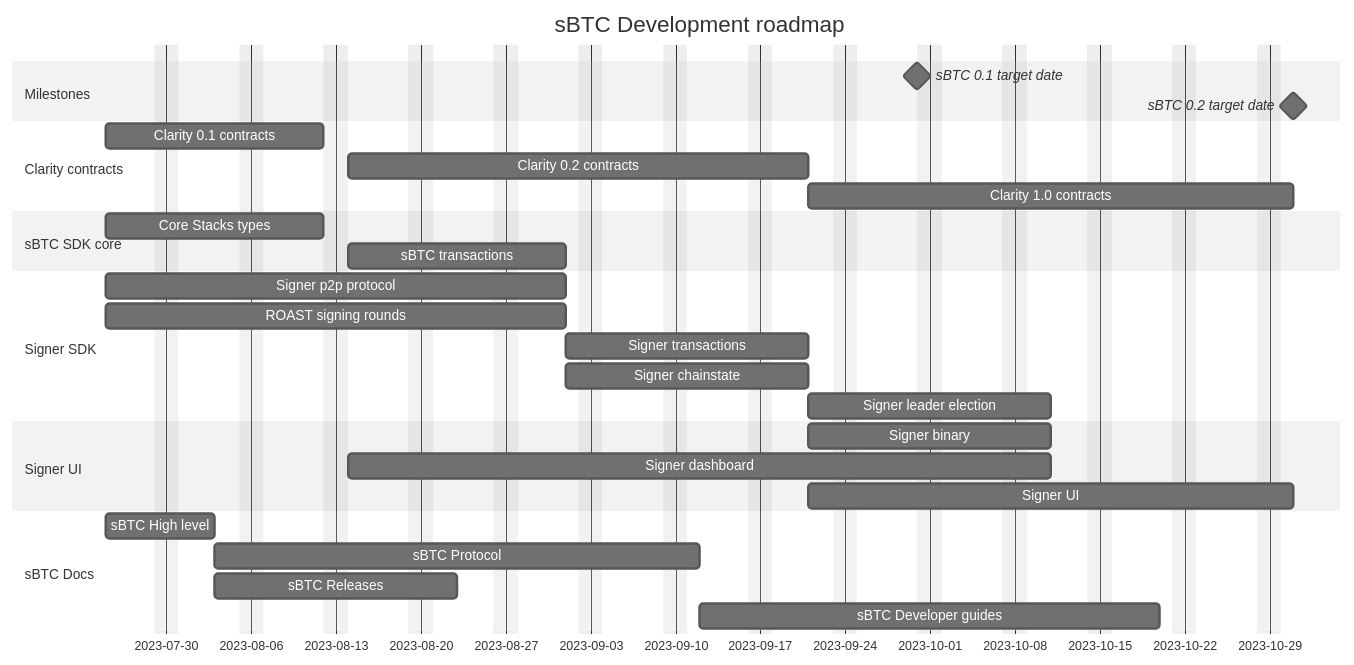
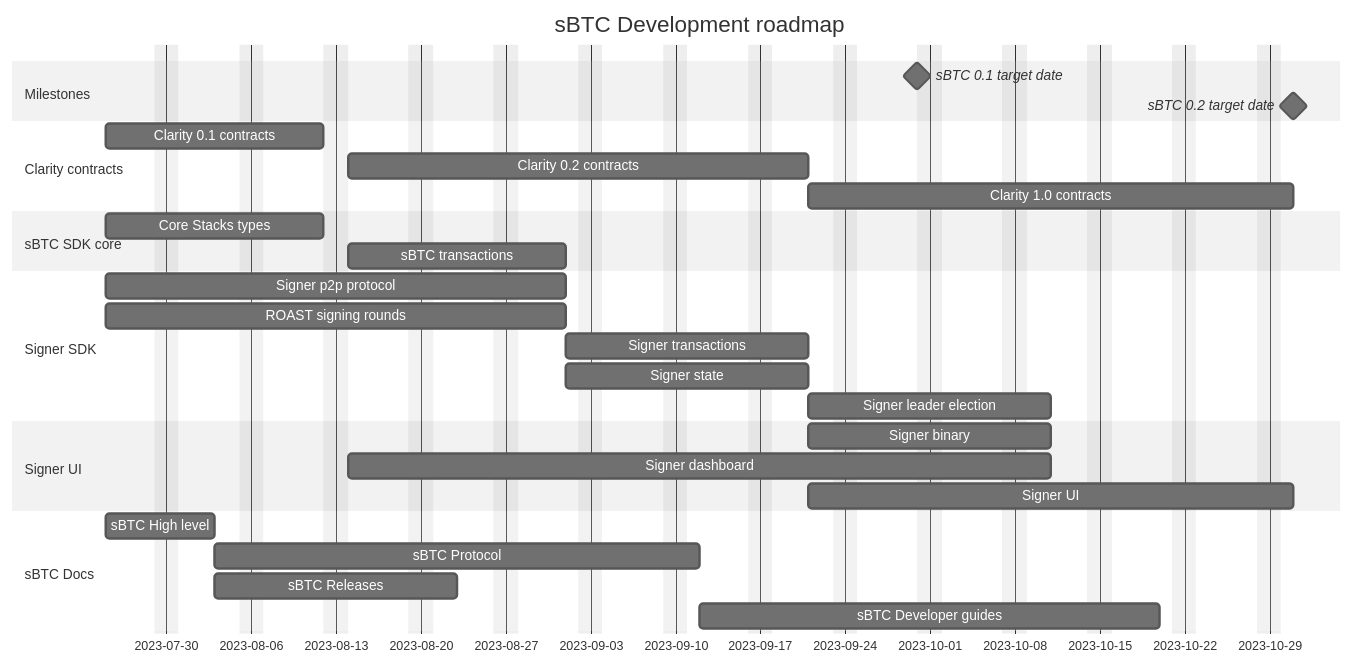
One commit to stacks-network/sbtc-docs changed the diagram in src/sbtc-roadmap.md. Above: the diagram before and after it, drawn with Mermaid (neutral theme). The commit also changed other lines of this file, not shown here.

Commit message:
fix: Rephrase signer state effort to refrain from using the word "chainstate"

````diff
--- a/src/sbtc-roadmap.md
+++ b/src/sbtc-roadmap.md
@@ -5,39 +5,39 @@
 ```mermaid
 gantt
     dateFormat  YYYY-MM-DD
     title       sBTC Development roadmap
     excludes    weekends
     %% (`excludes` accepts specific dates in YYYY-MM-DD format, days of the week ("sunday") or "weekends", but not the word "weekdays".)
 
     section Milestones
     sBTC 0.1 target date      : milestone, 2023-09-30, 0d
     sBTC 0.2 target date      : milestone, 2023-10-31, 0d
 
     section Clarity contracts
     Clarity 0.1 contracts        : clar1, 2023-07-25, 2w
     Clarity 0.2 contracts        : clar2, after clar1, 4w
     Clarity 1.0 contracts        : clar3, after clar2, 4w
 
     section sBTC SDK core
     Core Stacks types              : sdk1, 2023-07-25, 2w
     sBTC transactions              : sdk2, after sdk1, 2w
 
     section Signer SDK
     Signer p2p protocol     : sign1, 2023-07-25, 4w
     ROAST signing rounds    : sign2, 2023-07-25, 4w
     Signer transactions     : sign3, after sdk2, 2w
-    Signer chainstate       : sign4, after sign1, 2w
+    Signer state            : sign4, after sign1, 2w
     Signer leader election  : sign5, after sign4, 2w
 
     section Signer UI
     Signer binary            : sign5, after sign3, 2w
     Signer dashboard         : sign6, after clar1, 6w
     Signer UI                : sign7, after sign3, 4w
 
     section sBTC Docs
     sBTC High level            : doc1, 2023-07-25, 1w
     sBTC Protocol              : doc2, after doc1, 4w
     sBTC Releases              : doc3, after doc1, 2w
     sBTC Developer guides      : doc3, after doc2, 4w
   
 ```
````
